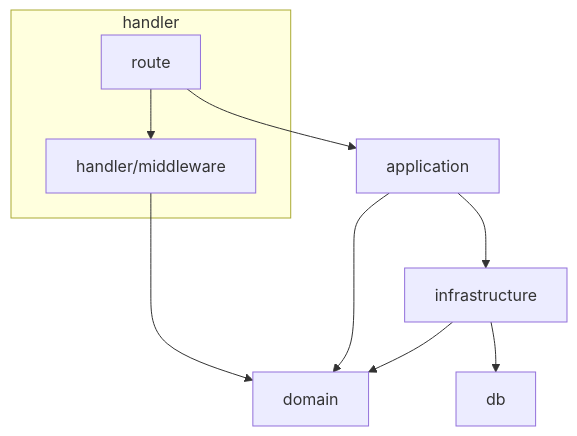
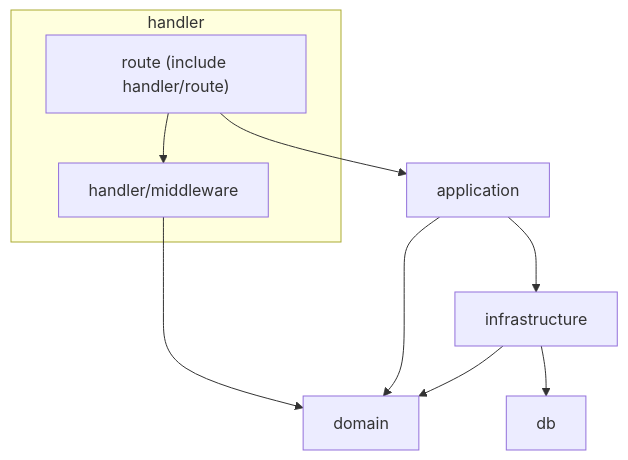
The first of 2 diagrams in products/backend/README.md (Myxogastria0808/debt-manager), drawn with Mermaid before and after one commit. The commit also changed other lines of this file and 3 other files, not shown here.

````diff
--- a/products/backend/README.md
+++ b/products/backend/README.md
@@ -50,20 +50,20 @@
 ```mermaid
 flowchart TD
     subgraph handler
-        route["route"]
+        route["route (include handler/route)"]
         middleware["handler/middleware"]
     end
     application["application"]
     infrastructure["infrastructure"]
     db["db"]
     domain["domain"]
 
     route --> middleware
     route --> application
     application --> infrastructure
     infrastructure --> db
 
     middleware --> domain
     application --> domain
     infrastructure --> domain
 ```
````
